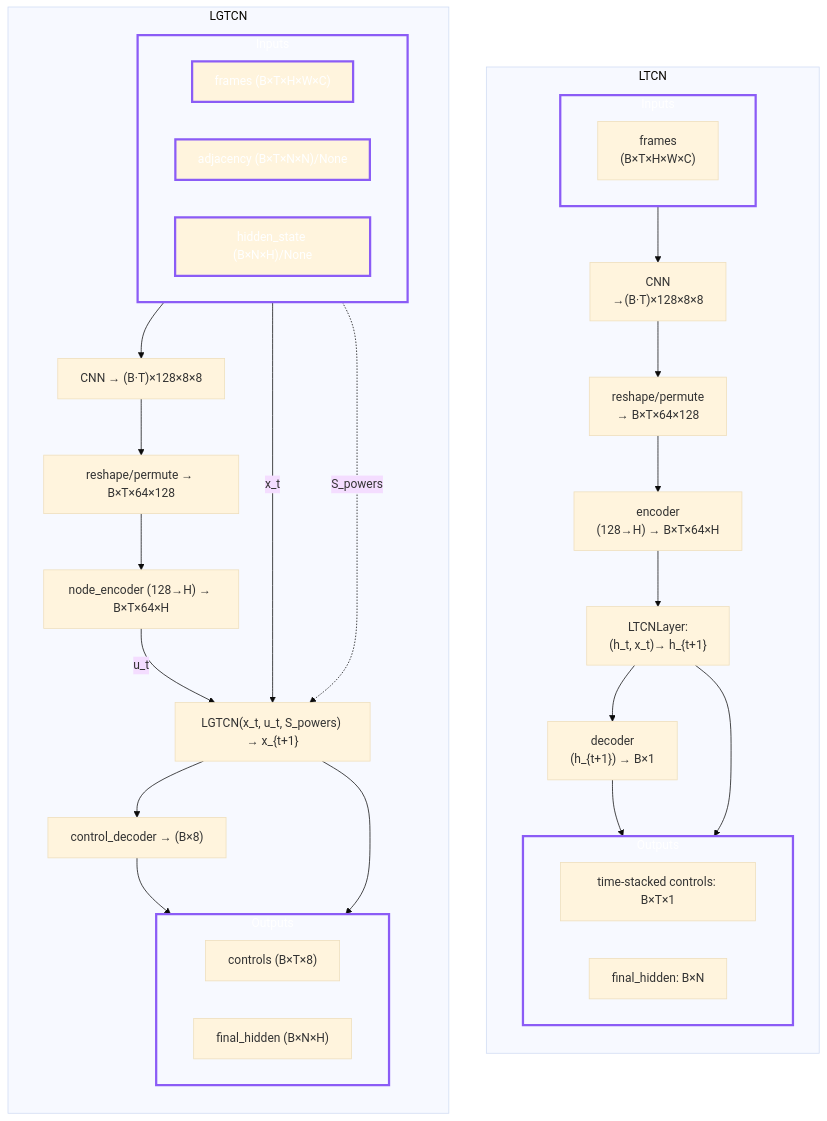
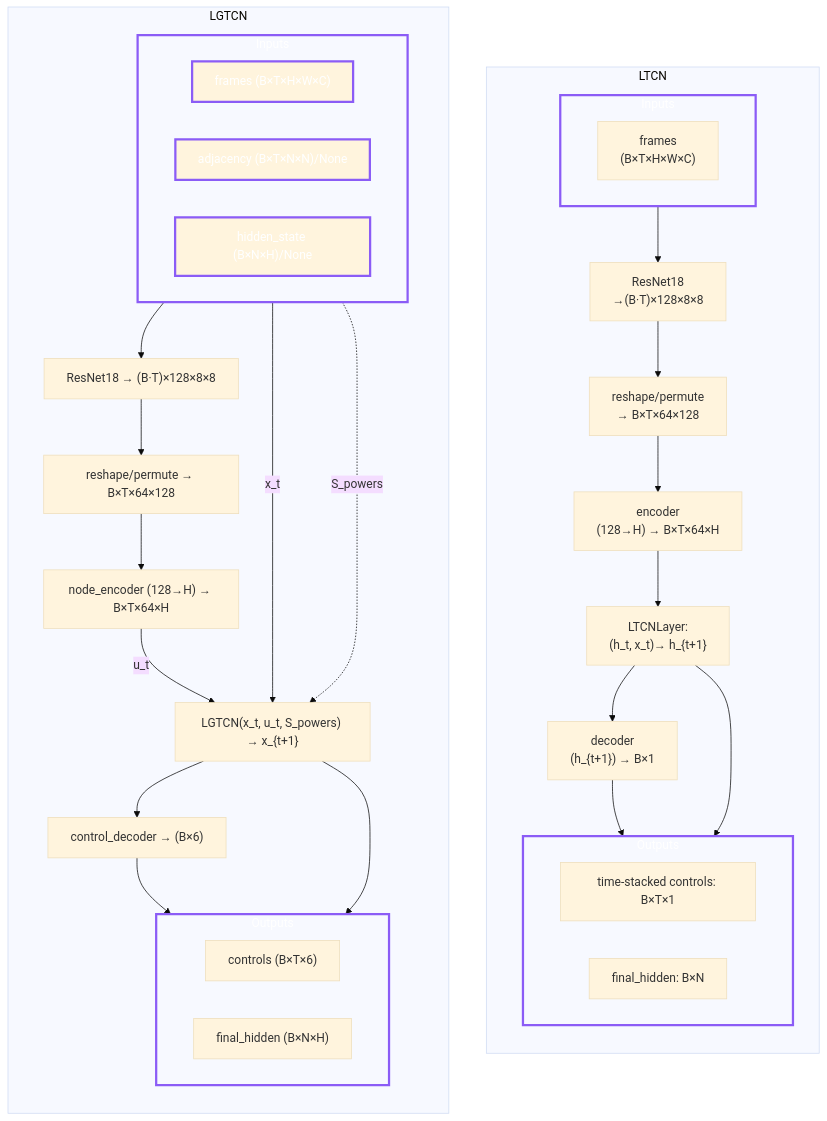
Before and after one commit to satra-11/liquid-graph-time-constant-network: the diagram in README.md, drawn with Mermaid (base theme). The commit also changed other lines of this file and 1 other file, not shown here.

Commit message:
perf: replace 3 layers custom CNN with pre-trained ResNet18

````diff
--- a/README.md
+++ b/README.md
@@ -146,64 +146,64 @@
 ```mermaid
 flowchart TD
   %% ===== Left: LTCN =====
   subgraph L["LTCN"]
     direction TB
     LA["frames <br> (B×T×H×W×C)"]
-      --> LB["CNN<br>→(B·T)×128×8×8"]
+      --> LB["ResNet18<br>→(B·T)×128×8×8"]
       --> LC["reshape/permute <br>→ B×T×64×128"]
       --> LD["encoder <br>(128→H) → B×T×64×H"]
       --> LF["LTCNLayer:<br>(h_t, x_t)→ h_{t+1}"]
       --> LG["decoder<br>(h_{t+1}) → B×1"]
     LG --> LH["time-stacked controls: B×T×1"]
     LF --> LI["final_hidden: B×N"]
 
     subgraph L_IN["Inputs"]
       direction LR
       LA
     end
     subgraph L_OUT["Outputs"]
       direction LR
       LH
       LI
     end
   end
 
   %% ===== Right: LGTCN =====
   subgraph R["LGTCN"]
     direction TB
 
     %% Inputs definition
     RA["frames (B×T×H×W×C)"]:::io
     RADJ["adjacency (B×T×N×N)/None"]:::io
     RH0["hidden_state (B×N×H)/None"]:::io
 
-    RA --> RB["CNN → (B·T)×128×8×8"]
+    RA --> RB["ResNet18 → (B·T)×128×8×8"]
     RB --> RC["reshape/permute → B×T×64×128"]
     RC --> RD["node_encoder (128→H) → B×T×64×H"]
 
     RH0 -- "x_t" --> RH["LGTCN(x_t, u_t, S_powers) → x_{t+1}"]
     RD -- "u_t" --> RH
     RADJ -. "S_powers" .-> RH
 
-    RH --> RQ["control_decoder → (B×8)"]
-    RQ --> RO1["controls (B×T×8)"]
+    RH --> RQ["control_decoder → (B×6)"]
+    RQ --> RO1["controls (B×T×6)"]
     RH --> RO2["final_hidden (B×N×H)"]
 
     subgraph R_IN["Inputs"]
       direction LR
       RA
       RADJ
       RH0
     end
 
     subgraph R_OUT["Outputs"]
       direction LR
       RO1
       RO2
     end
   end
 
   %% Style
   classDef io stroke:#8b5cf6,stroke-width:3px,color:#fff;
   class L_IN,L_OUT,R_IN,R_OUT,RA,RADJ,RH0 io;
 ```
````
